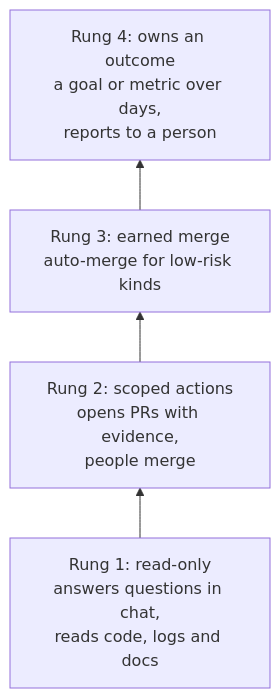
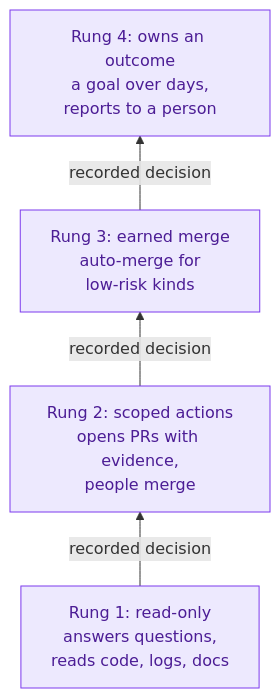
One commit to icelink-ai/software-factory-manifesto changed the diagram in docs/09-adoption/trust-ladder.md. Above: the diagram before and after it, drawn with Mermaid. The commit also changed other lines of this file and 73 other files, not shown here.

````diff
--- a/docs/09-adoption/trust-ladder.md
+++ b/docs/09-adoption/trust-ladder.md
@@ -26,8 +44,15 @@
 ```mermaid
 flowchart BT
-    R1["Rung 1: read-only<br/>answers questions in chat,<br/>reads code, logs and docs"]
-    R2["Rung 2: scoped actions<br/>opens PRs with evidence,<br/>people merge"]
-    R3["Rung 3: earned merge<br/>auto-merge for low-risk kinds"]
-    R4["Rung 4: owns an outcome<br/>a goal or metric over days,<br/>reports to a person"]
-    R1 --> R2 --> R3 --> R4
+    R1["Rung 1: read-only<br/>answers questions,<br/>reads code, logs, docs"]:::agent
+    R2["Rung 2: scoped actions<br/>opens PRs with evidence,<br/>people merge"]:::agent
+    R3["Rung 3: earned merge<br/>auto-merge for<br/>low-risk kinds"]:::agent
+    R4["Rung 4: owns an outcome<br/>a goal over days,<br/>reports to a person"]:::agent
+    R1 -->|"recorded decision"| R2
+    R2 -->|"recorded decision"| R3
+    R3 -->|"recorded decision"| R4
+    classDef person fill:#dbeafe,stroke:#2563eb,color:#1e3a8a
+    classDef script fill:#f1f5f9,stroke:#64748b,color:#0f172a
+    classDef agent fill:#ede9fe,stroke:#7c3aed,color:#4c1d95
+    classDef state fill:#dcfce7,stroke:#16a34a,color:#14532d
+    classDef stop fill:#ffedd5,stroke:#ea580c,color:#7c2d12
 ```
````
